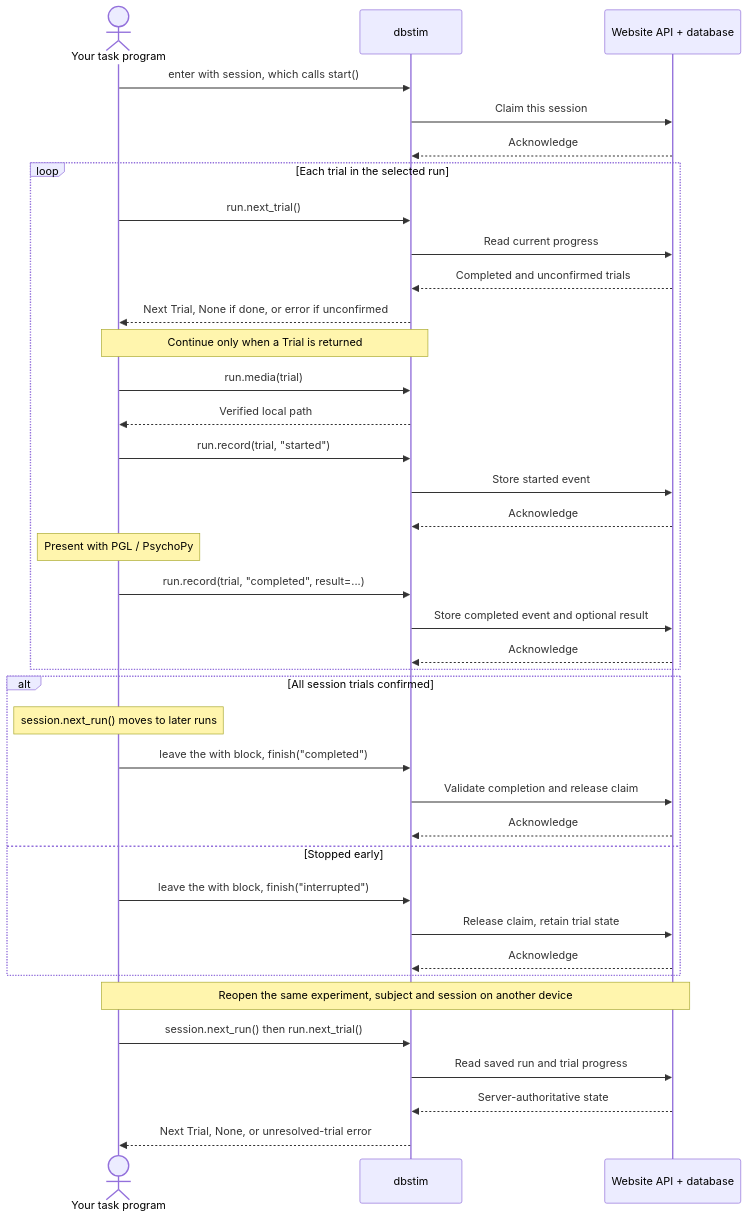
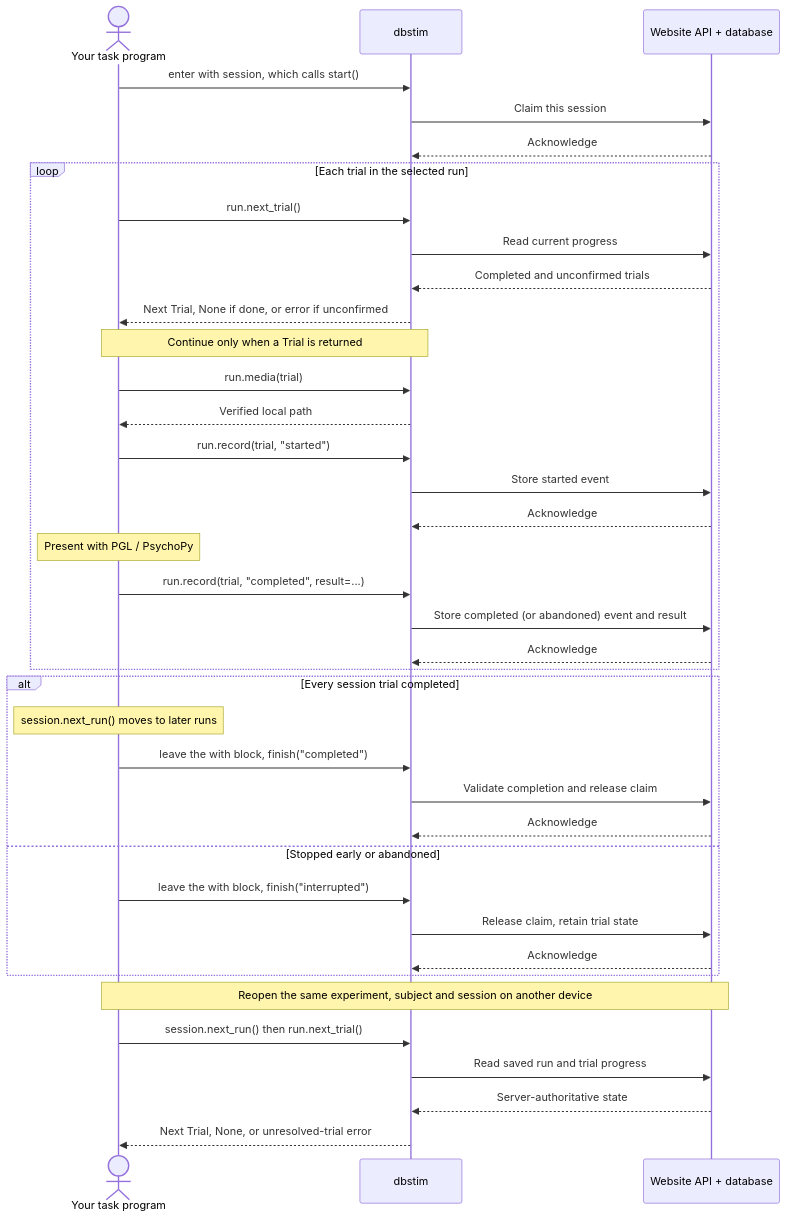
Before and after one commit to StanfordDigitalBrainProject/dbstim: the second of 2 diagrams in docs/server-to-local-flow.md, drawn with Mermaid. The commit also changed other lines of this file and 19 other files, not shown here.

First line of the commit message:
feat(dbstim): add abandoned-trial recovery, bounded command retries and a shared media cache (#4)

````diff
--- a/docs/server-to-local-flow.md
+++ b/docs/server-to-local-flow.md
@@ -44,40 +44,40 @@
 ```mermaid
 sequenceDiagram
     actor Task as Your task program
     participant SDK as dbstim
     participant API as Website API + database
     Task->>SDK: enter with session, which calls start()
     SDK->>API: Claim this session
     API-->>SDK: Acknowledge
     loop Each trial in the selected run
         Task->>SDK: run.next_trial()
         SDK->>API: Read current progress
         API-->>SDK: Completed and unconfirmed trials
         SDK-->>Task: Next Trial, None if done, or error if unconfirmed
         Note over Task,SDK: Continue only when a Trial is returned
         Task->>SDK: run.media(trial)
         SDK-->>Task: Verified local path
         Task->>SDK: run.record(trial, "started")
         SDK->>API: Store started event
         API-->>SDK: Acknowledge
         Note over Task: Present with PGL / PsychoPy
         Task->>SDK: run.record(trial, "completed", result=...)
-        SDK->>API: Store completed event and optional result
+        SDK->>API: Store completed (or abandoned) event and result
         API-->>SDK: Acknowledge
     end
-    alt All session trials confirmed
+    alt Every session trial completed
         Note over Task: session.next_run() moves to later runs
         Task->>SDK: leave the with block, finish("completed")
         SDK->>API: Validate completion and release claim
         API-->>SDK: Acknowledge
-    else Stopped early
+    else Stopped early or abandoned
         Task->>SDK: leave the with block, finish("interrupted")
         SDK->>API: Release claim, retain trial state
         API-->>SDK: Acknowledge
     end
     Note over Task,API: Reopen the same experiment, subject and session on another device
     Task->>SDK: session.next_run() then run.next_trial()
     SDK->>API: Read saved run and trial progress
     API-->>SDK: Server-authoritative state
     SDK-->>Task: Next Trial, None, or unresolved-trial error
 ```
````
